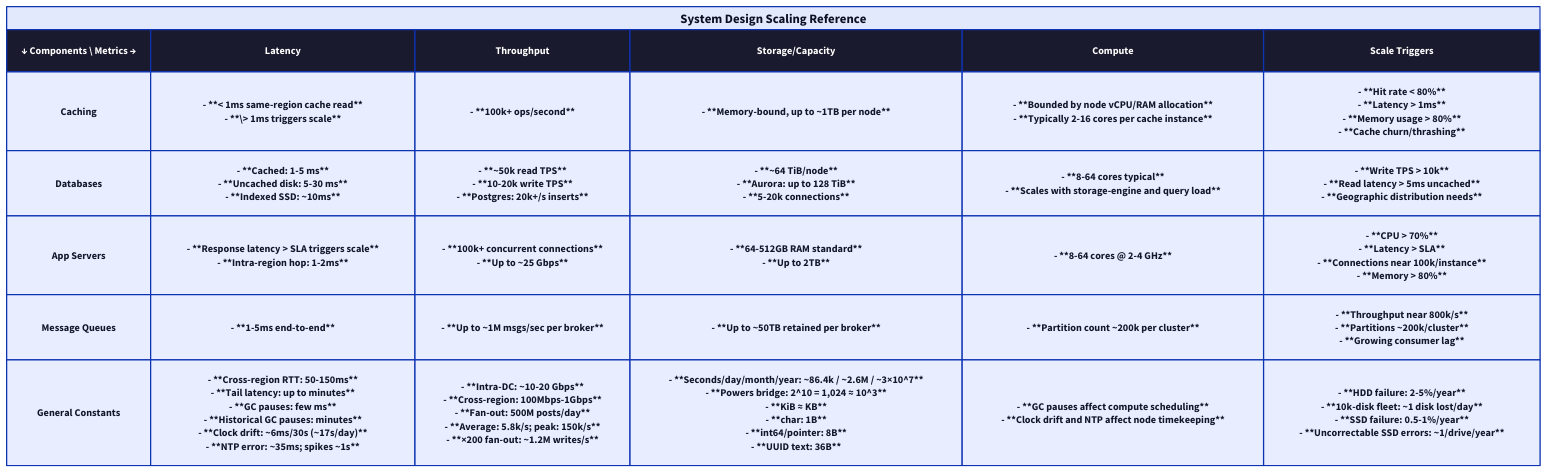
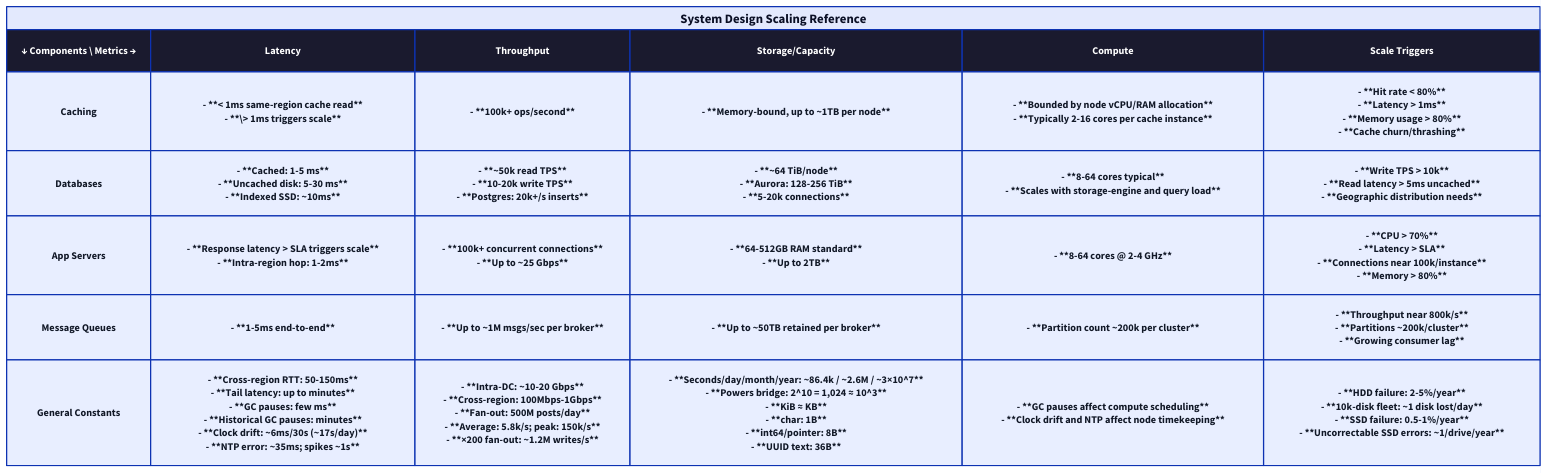
One commit to ani2fun/system-design-guide changed the third of 3 diagrams in 01-foundations/04-estimation-and-numbers.md. Above: the diagram before and after it, drawn with D2. The commit also changed other lines of this file and 5 other files, not shown here.

```diff
--- a/01-foundations/04-estimation-and-numbers.md
+++ b/01-foundations/04-estimation-and-numbers.md
@@ -275,7 +277,7 @@
 
   r2c4: |md
   - **~64 TiB/node**
-  - **Aurora: up to 128 TiB**
+  - **Aurora: 128-256 TiB**
   - **5-20k connections**
   | {class: mdcell}
 
```
